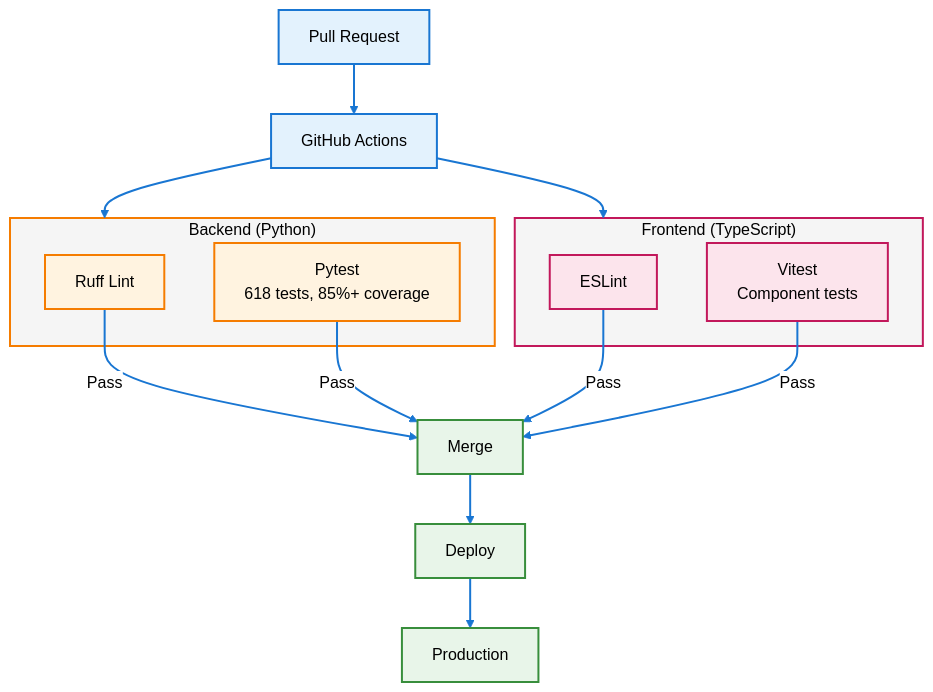
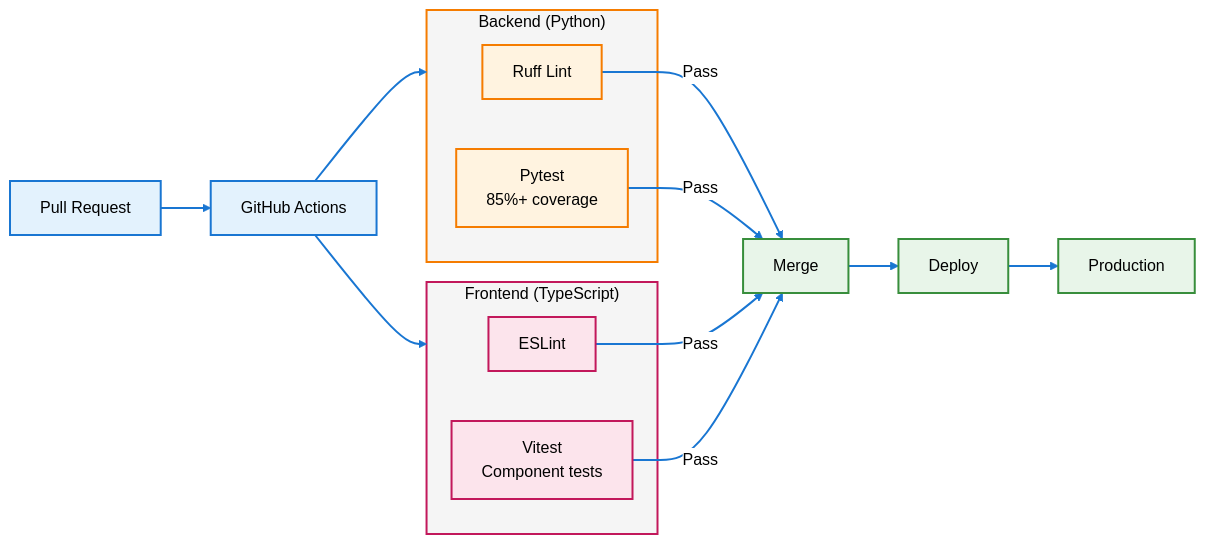
Before and after one commit to evanalulu/vibe8-docs: the tenth of 12 diagrams in diagrams.md, drawn with Mermaid. The commit also changed other lines of this file, not shown here.

First line of the commit message:
Update diagram colors and layouts for visual consistency

````diff
--- a/diagrams.md
+++ b/diagrams.md
@@ -505,44 +491,44 @@
 ```mermaid
 %%{init: {'theme':'base', 'themeVariables': { 'primaryColor':'#E3F2FD','primaryTextColor':'#000','primaryBorderColor':'#1976D2','lineColor':'#1976D2','secondaryColor':'#FFF3E0','tertiaryColor':'#F1F8E9','edgeLabelBackground':'#ffffff','clusterBkg':'#ffffff','clusterBorder':'#1976D2','titleColor':'#000'}}}%%
-flowchart TD
+flowchart LR
    PR["Pull Request"]
    GH["GitHub Actions"]
 
    subgraph Backend["Backend (Python)"]
       BLint["Ruff Lint"]
-      BTest["Pytest<br/>618 tests, 85%+ coverage"]
+      BTest["Pytest<br/>85%+ coverage"]
    end
 
    subgraph Frontend["Frontend (TypeScript)"]
       FLint["ESLint"]
       FTest["Vitest<br/>Component tests"]
    end
 
    Merge["Merge"]
    Deploy["Deploy"]
    Prod["Production"]
 
    PR --> GH
    GH --> Backend
    GH --> Frontend
    BLint -->|Pass| Merge
    BTest -->|Pass| Merge
    FLint -->|Pass| Merge
    FTest -->|Pass| Merge
    Merge --> Deploy
    Deploy --> Prod
 
    style PR fill:#E3F2FD,stroke:#1976D2,stroke-width:2px,color:#000
    style GH fill:#E3F2FD,stroke:#1976D2,stroke-width:2px,color:#000
    style BLint fill:#FFF3E0,stroke:#F57C00,stroke-width:2px,color:#000
    style BTest fill:#FFF3E0,stroke:#F57C00,stroke-width:2px,color:#000
    style FLint fill:#FCE4EC,stroke:#C2185B,stroke-width:2px,color:#000
    style FTest fill:#FCE4EC,stroke:#C2185B,stroke-width:2px,color:#000
    style Merge fill:#E8F5E9,stroke:#388E3C,stroke-width:2px,color:#000
    style Deploy fill:#E8F5E9,stroke:#388E3C,stroke-width:2px,color:#000
    style Prod fill:#E8F5E9,stroke:#388E3C,stroke-width:2px,color:#000
    style Backend fill:#F5F5F5,stroke:#F57C00,stroke-width:2px
    style Frontend fill:#F5F5F5,stroke:#C2185B,stroke-width:2px
 
    linkStyle default stroke:#1976D2,stroke-width:2px
 ```
````
